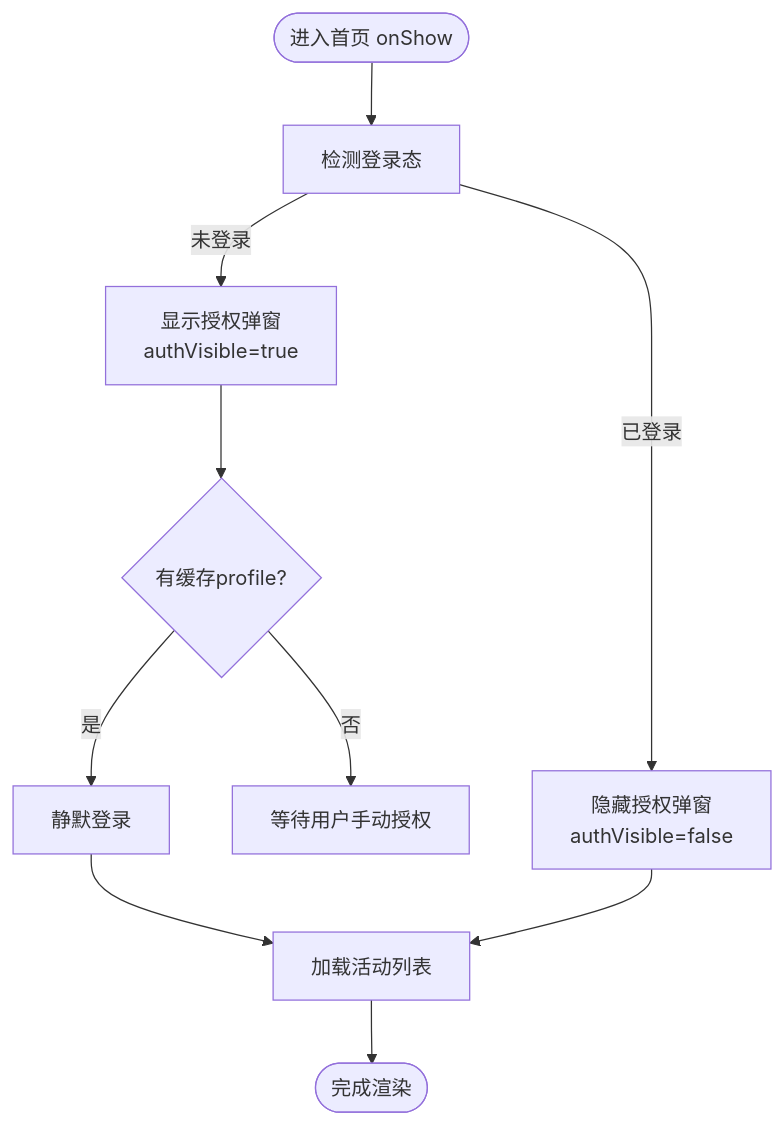
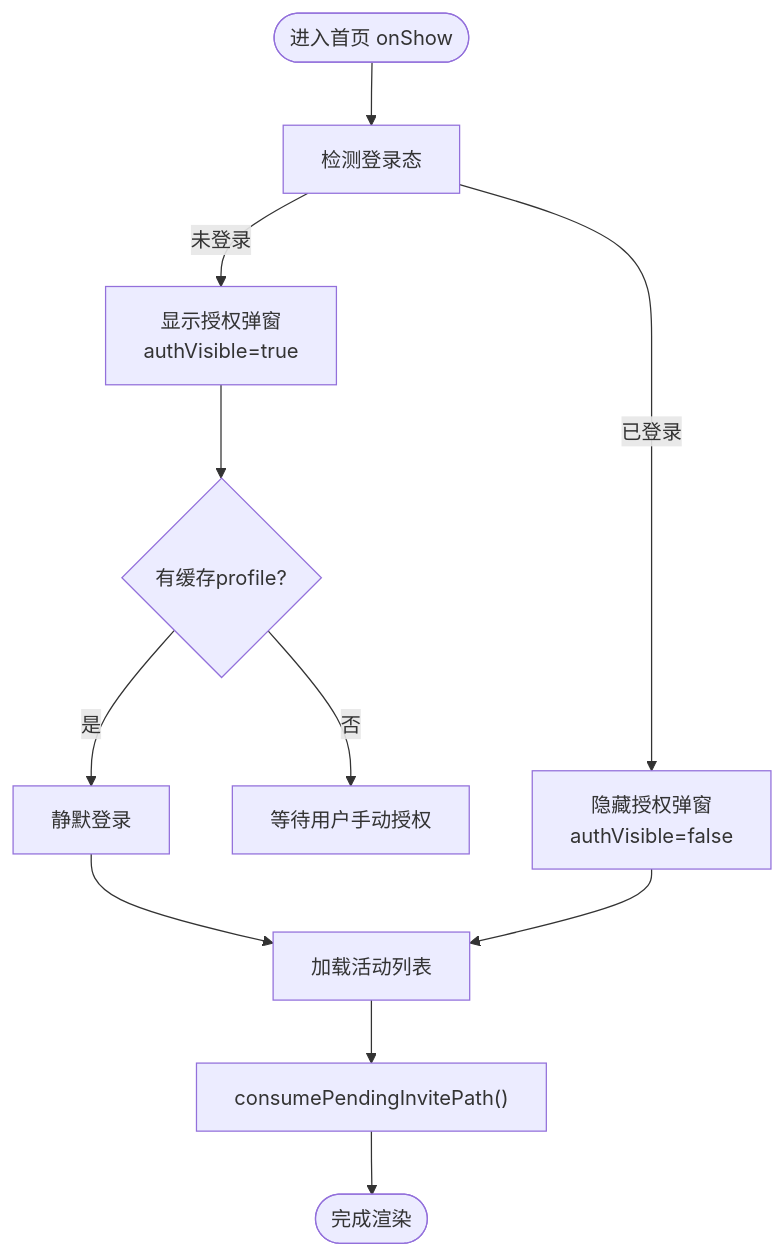
Before and after one commit to cwxiao/zugeju: the third of 9 diagrams in .qoder/repowiki/zh/content/前端开发/页面组件开发/首页开发.md, drawn with Mermaid. The commit also changed other lines of this file and 72 other files, not shown here.

First line of the commit message:
前端：将UI资源装饰图融入各页面，提升视觉丰富度

````diff
--- a/.qoder/repowiki/zh/content/前端开发/页面组件开发/首页开发.md
+++ b/.qoder/repowiki/zh/content/前端开发/页面组件开发/首页开发.md
@@ -128,12 +138,13 @@
 ```mermaid
 flowchart TD
 Start(["进入首页 onShow"]) --> CheckLogin["检测登录态"]
 CheckLogin --> |未登录| ShowAuth["显示授权弹窗<br/>authVisible=true"]
 CheckLogin --> |已登录| HideAuth["隐藏授权弹窗<br/>authVisible=false"]
 ShowAuth --> TrySilent{"有缓存profile?"}
 TrySilent --> |是| SilentLogin["静默登录"]
 SilentLogin --> LoadList["加载活动列表"]
 TrySilent --> |否| WaitAuth["等待用户手动授权"]
 HideAuth --> LoadList
-LoadList --> Done(["完成渲染"])
+LoadList --> ConsumePath["consumePendingInvitePath()"]
+ConsumePath --> Done(["完成渲染"])
 ```
````
